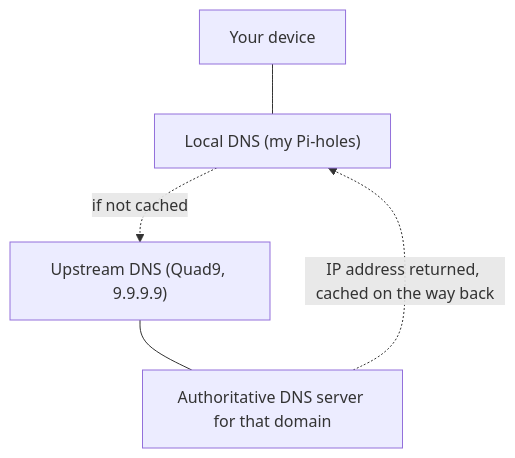
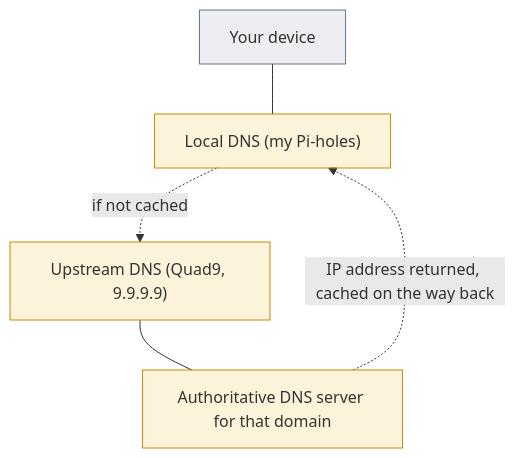
One commit to mithun3/tech-blog changed the second of 3 diagrams in content/pages/networking/basics/dns-fundamentals.mdx. Above: the diagram before and after it, drawn with Mermaid. The commit also changed other lines of this file and 8 other files, not shown here.

Commit message:
mermaid updates.

````diff
--- a/content/pages/networking/basics/dns-fundamentals.mdx
+++ b/content/pages/networking/basics/dns-fundamentals.mdx
@@ -35,7 +49,23 @@
 ```mermaid
+---
+config:
+  look: classic
+  fontFamily: "system-ui, -apple-system, Segoe UI, Roboto, Helvetica, Arial, sans-serif"
+  themeCSS: ".node rect, .cluster rect { rx: 6px; ry: 6px; }"
+  flowchart:
+    wrappingWidth: 200
+  themeVariables:
+    mainBkg: "#64748b1f"
+    nodeBorder: "#64748b"
+    clusterBkg: "#64748b14"
+    clusterBorder: "#64748b99"
+---
 flowchart TD
   Device[Your device] --- Local["Local DNS (my Pi-holes)"]
   Local -.->|"if not cached"| Upstream["Upstream DNS (Quad9, 9.9.9.9)"]
   Upstream --- Auth[Authoritative DNS server for that domain]
   Auth -.->|"IP address returned, cached on the way back"| Local
+  style Local fill:#eab30826,stroke:#ca8a04
+  style Upstream fill:#eab30826,stroke:#ca8a04
+  style Auth fill:#eab30826,stroke:#ca8a04
 ```
````
